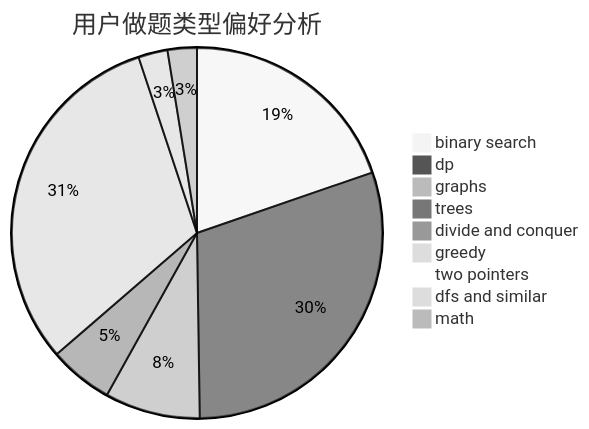
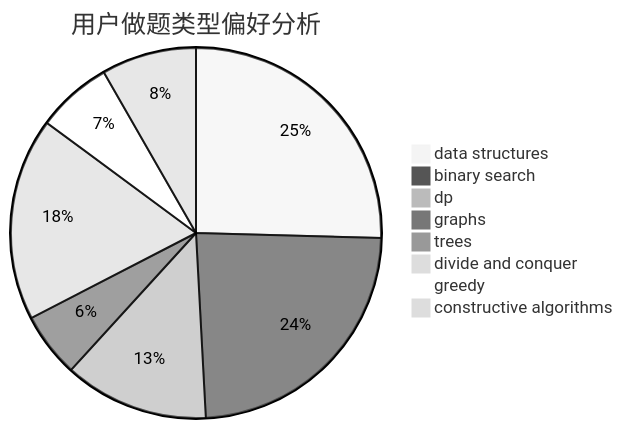
Before and after one commit to sherpahu/cfrs.github.io: the second of 3 diagrams in docs/user/u834.md, drawn with Mermaid (neutral theme). The commit also changed other lines of this file and 2775 other files, not shown here.

````diff
--- a/docs/user/u834.md
+++ b/docs/user/u834.md
@@ -23,12 +23,11 @@
 ```mermaid
 pie title 用户做题类型偏好分析
-    "binary search" :  332
-    "dp" :  506
-    "graphs" :  140
-    "trees" :  14
+    "data structures" :  135
+    "binary search" :  126
+    "dp" :  67
+    "graphs" :  30
+    "trees" :  3
     "divide and conquer" :  94
-    "greedy" :  526
-    "two pointers" :  14
-    "dfs and similar" :  43
-    "math" :  43
+    "greedy" :  35
+    "constructive algorithms" :  44
 ```
````
